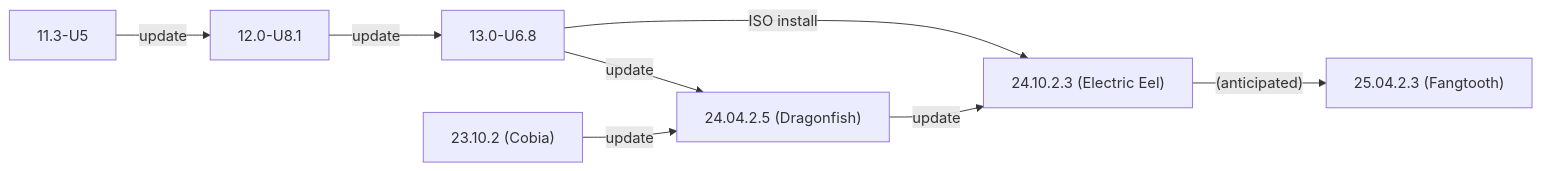
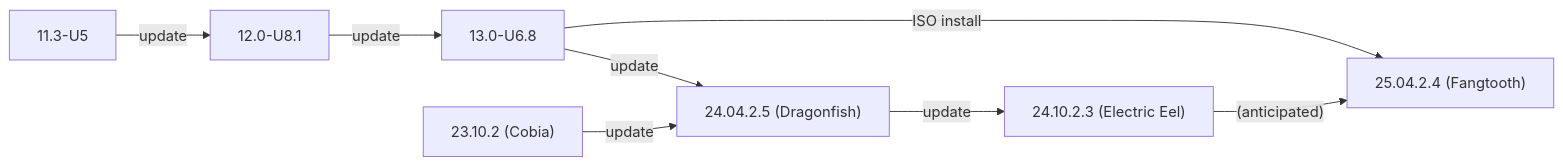
One commit to truenas/documentation changed the second of 2 diagrams in static/includes/SCALEUpgradePaths.md. Above: the diagram before and after it, drawn with Mermaid. The commit also changed other lines of this file, not shown here.

```diff
--- a/static/includes/SCALEUpgradePaths.md
+++ b/static/includes/SCALEUpgradePaths.md
@@ -87,11 +87,11 @@
           {{< mermaid class="mermaid_sizing" >}}
           flowchart LR
             A["11.3-U5"] -->|update| B
             B["12.0-U8.1"] -->|update| C
-            C["13.0-U6.8"] -->|ISO install| F
+            C["13.0-U6.8"] -->|ISO install| G
             C -->|update| E
             D["23.10.2 (Cobia)"] -->|update| E
             E["24.04.2.5 (Dragonfish)"]  -->|update| F
             F["24.10.2.3 (Electric Eel)"] -->|"(anticipated)"| G
-            G["25.04.2.3 (Fangtooth)"]
+            G["25.04.2.4 (Fangtooth)"]
           {{< /mermaid >}}
```
